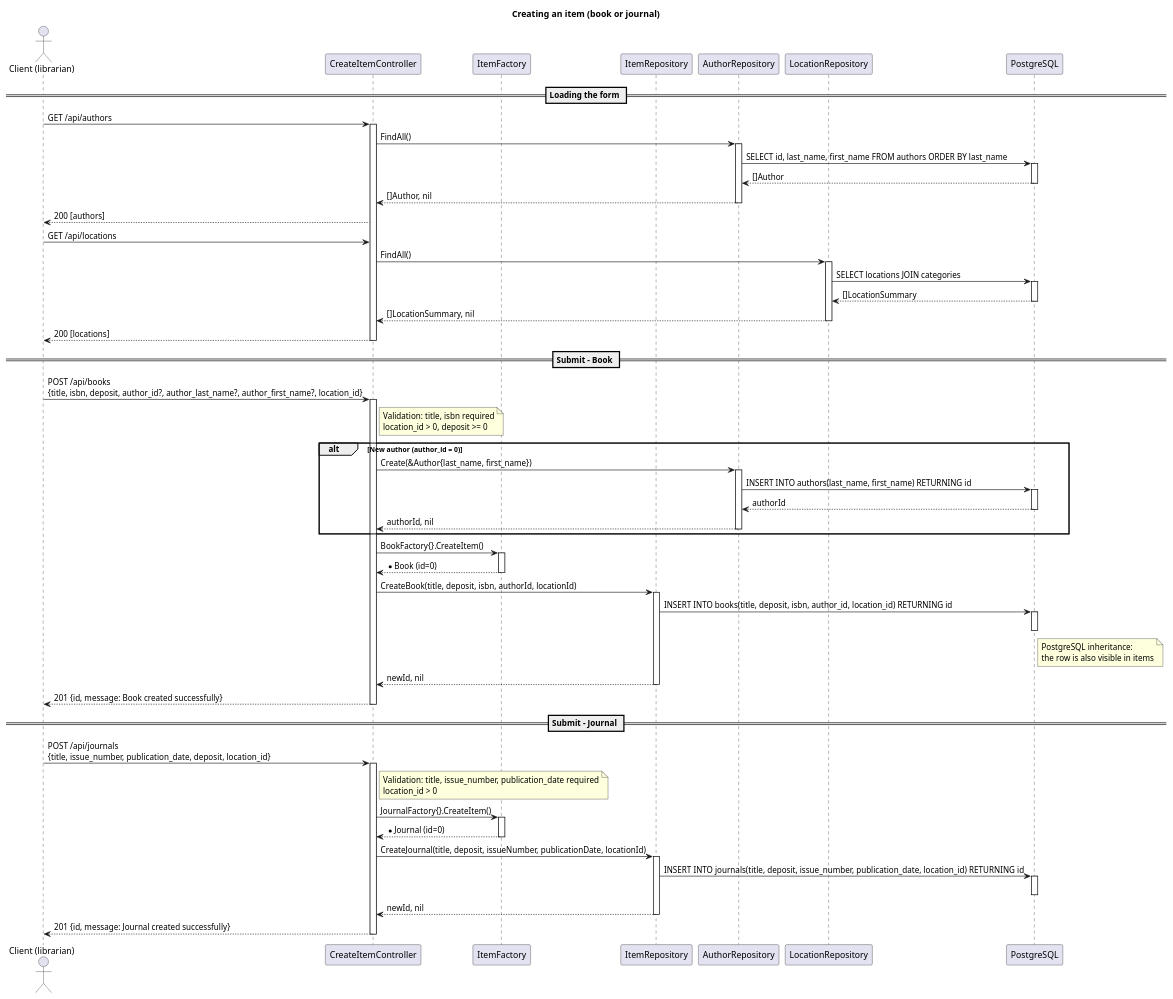
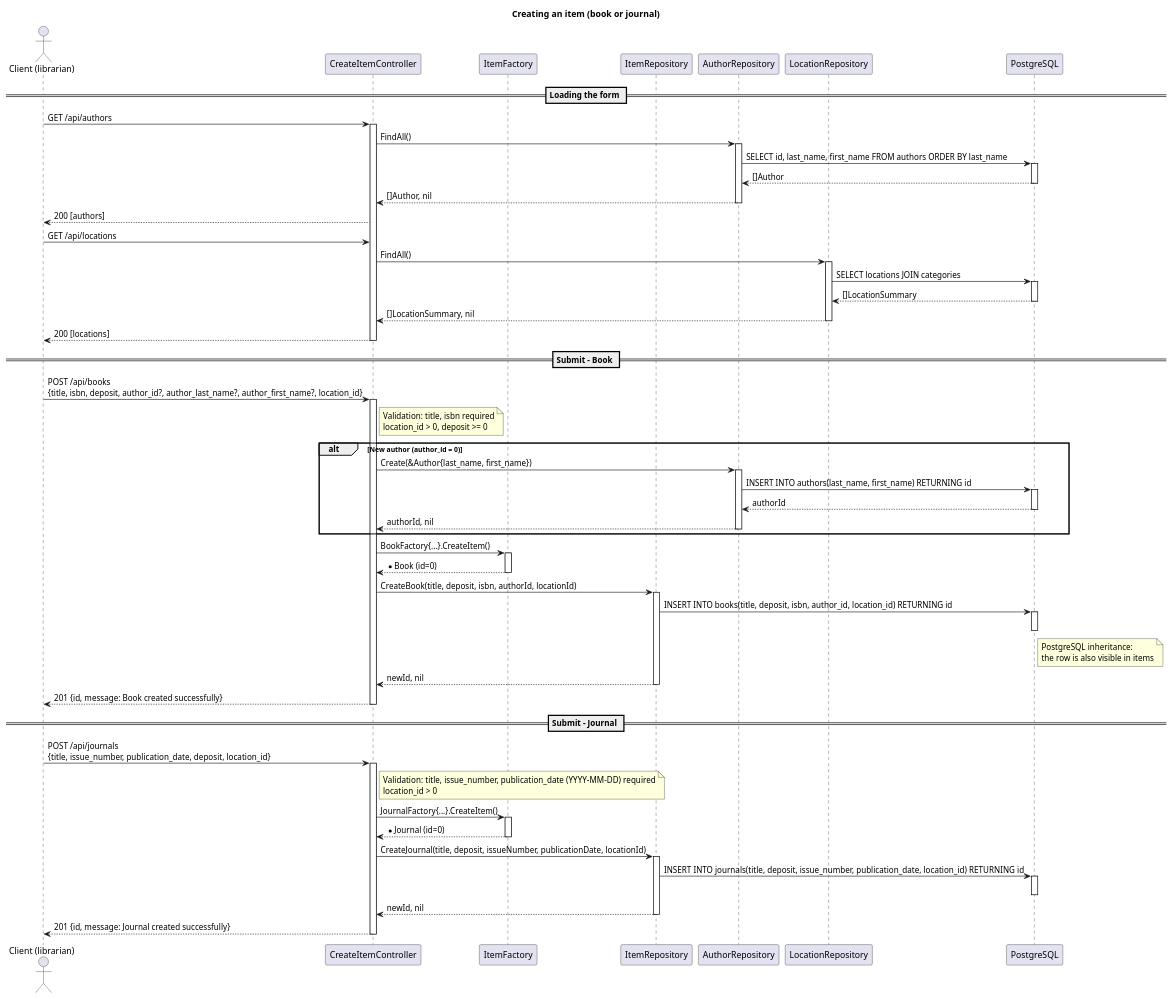
Before and after one commit to linlin56/library: the diagram in back/diagrams/03_create_item.puml, drawn with PlantUML. The commit also changed 11 other files, not shown here.

```diff
--- a/back/diagrams/03_create_item.puml
+++ b/back/diagrams/03_create_item.puml
@@ -1,83 +1,83 @@
 @startuml
 title Creating an item (book or journal)
 
 actor "Client (librarian)" as C
 participant "CreateItemController" as CTL
 participant "ItemFactory" as FAC
 participant "ItemRepository" as IR
 participant "AuthorRepository" as AR
 participant "LocationRepository" as LOR
 participant "PostgreSQL" as DB
 
 == Loading the form ==
 C -> CTL : GET /api/authors
 activate CTL
 CTL -> AR : FindAll()
 activate AR
 AR -> DB : SELECT id, last_name, first_name FROM authors ORDER BY last_name
 activate DB
 DB --> AR : []Author
 deactivate DB
 AR --> CTL : []Author, nil
 deactivate AR
 CTL --> C : 200 [authors]
 
 C -> CTL : GET /api/locations
 CTL -> LOR : FindAll()
 activate LOR
 LOR -> DB : SELECT locations JOIN categories
 activate DB
 DB --> LOR : []LocationSummary
 deactivate DB
 LOR --> CTL : []LocationSummary, nil
 deactivate LOR
 CTL --> C : 200 [locations]
 deactivate CTL
 
 == Submit - Book ==
 C -> CTL : POST /api/books\n{title, isbn, deposit, author_id?, author_last_name?, author_first_name?, location_id}
 activate CTL
 note right of CTL : Validation: title, isbn required\nlocation_id > 0, deposit >= 0
 alt New author (author_id = 0)
 CTL -> AR : Create(&Author{last_name, first_name})
 activate AR
 AR -> DB : INSERT INTO authors(last_name, first_name) RETURNING id
 activate DB
 DB --> AR : authorId
 deactivate DB
 AR --> CTL : authorId, nil
 deactivate AR
 end
-CTL -> FAC : BookFactory{}.CreateItem()
+CTL -> FAC : BookFactory{...}.CreateItem()
 activate FAC
 FAC --> CTL : *Book (id=0)
 deactivate FAC
 CTL -> IR : CreateBook(title, deposit, isbn, authorId, locationId)
 activate IR
 IR -> DB : INSERT INTO books(title, deposit, isbn, author_id, location_id) RETURNING id
 activate DB
 note right of DB : PostgreSQL inheritance:\nthe row is also visible in items
 deactivate DB
 IR --> CTL : newId, nil
 deactivate IR
 CTL --> C : 201 {id, message: Book created successfully}
 deactivate CTL
 
 == Submit - Journal ==
 C -> CTL : POST /api/journals\n{title, issue_number, publication_date, deposit, location_id}
 activate CTL
-note right of CTL : Validation: title, issue_number, publication_date required\nlocation_id > 0
-CTL -> FAC : JournalFactory{}.CreateItem()
+note right of CTL : Validation: title, issue_number, publication_date (YYYY-MM-DD) required\nlocation_id > 0
+CTL -> FAC : JournalFactory{...}.CreateItem()
 activate FAC
 FAC --> CTL : *Journal (id=0)
 deactivate FAC
 CTL -> IR : CreateJournal(title, deposit, issueNumber, publicationDate, locationId)
 activate IR
 IR -> DB : INSERT INTO journals(title, deposit, issue_number, publication_date, location_id) RETURNING id
 activate DB
 deactivate DB
 IR --> CTL : newId, nil
 deactivate IR
 CTL --> C : 201 {id, message: Journal created successfully}
 deactivate CTL
 @enduml
```
